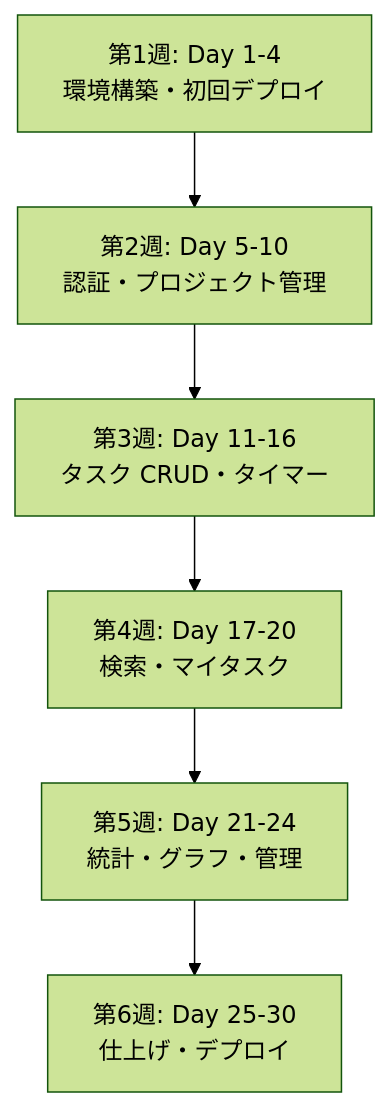
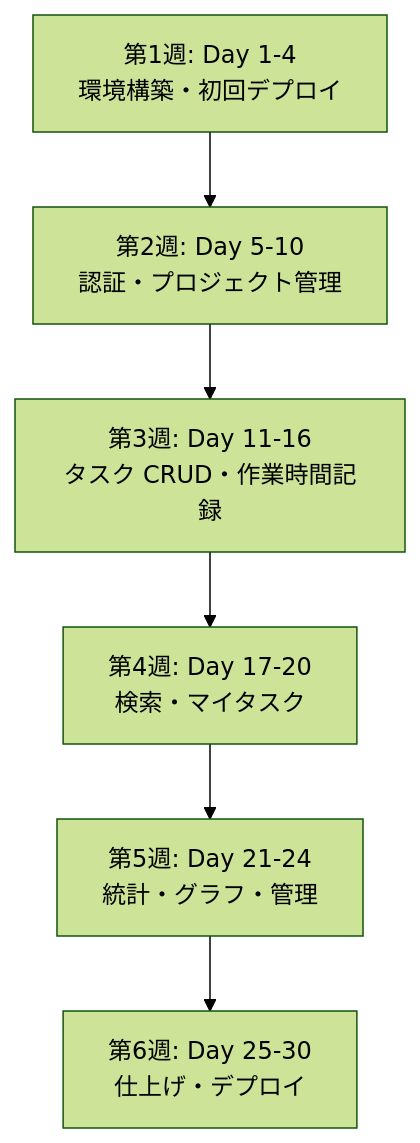
Before and after one commit to kouiso/task-app: the first of 2 diagrams in material/30days-curriculum/day30_完成版を公開！.md, drawn with Mermaid (forest theme). The commit also changed other lines of this file and 93 other files, not shown here.

````diff
--- a/material/30days-curriculum/day30_完成版を公開！.md
+++ b/material/30days-curriculum/day30_完成版を公開！.md
@@ -29,10 +29,10 @@
 ```mermaid
 flowchart TD
     A[第1週: Day 1-4\n環境構築・初回デプロイ]
     B[第2週: Day 5-10\n認証・プロジェクト管理]
-    C[第3週: Day 11-16\nタスク CRUD・タイマー]
+    C[第3週: Day 11-16\nタスク CRUD・作業時間記録]
     D[第4週: Day 17-20\n検索・マイタスク]
     E[第5週: Day 21-24\n統計・グラフ・管理]
     F[第6週: Day 25-30\n仕上げ・デプロイ]
     A --> B --> C --> D --> E --> F
 ```
````
